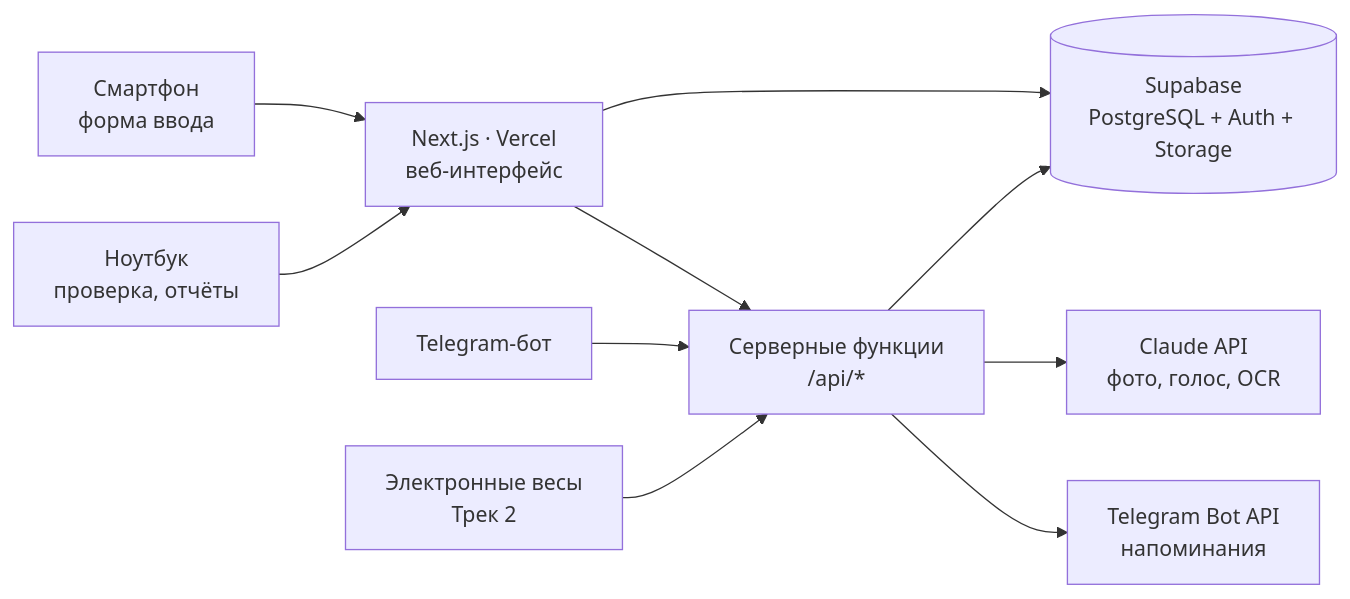
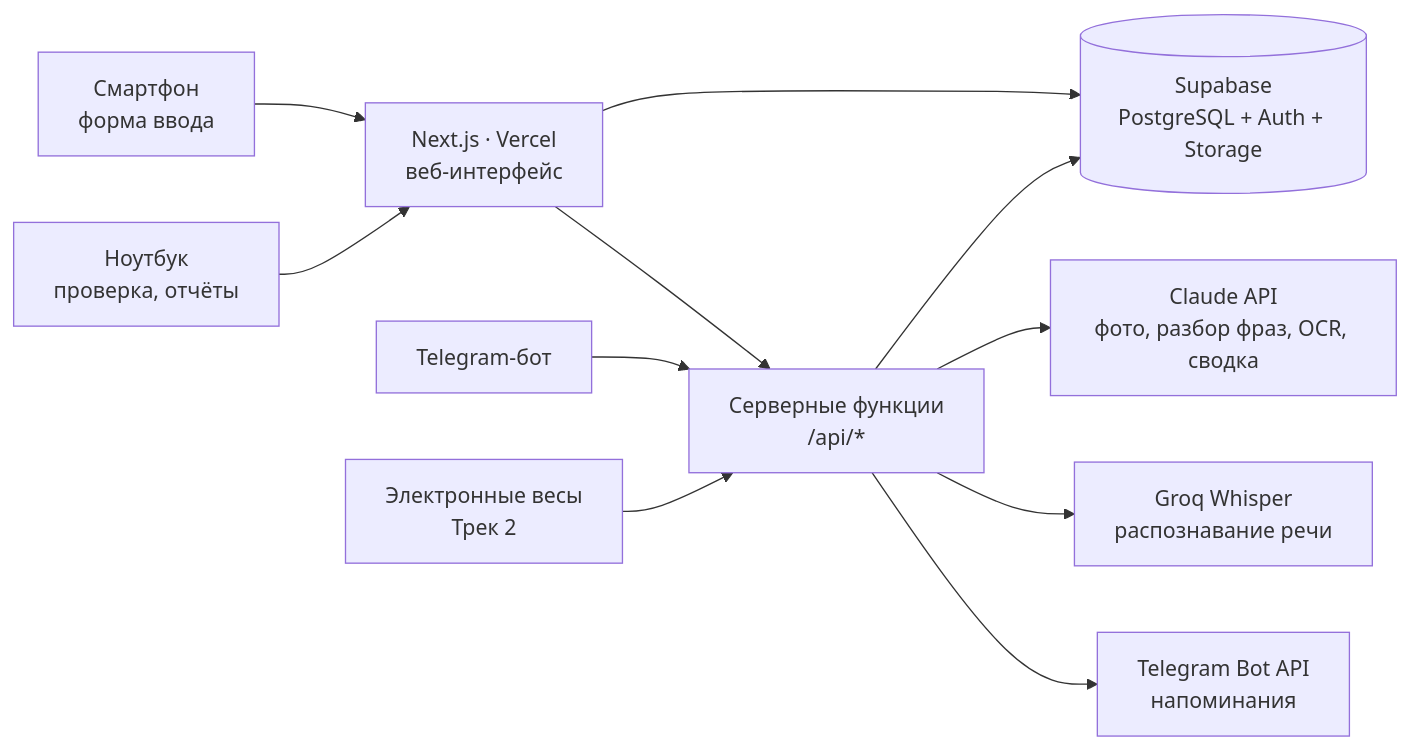
One commit to Alamanss/sarqyt changed the first of 2 diagrams in README.md. Above: the diagram before and after it, drawn with Mermaid. The commit also changed other lines of this file and 5 other files, not shown here.

````diff
--- a/README.md
+++ b/README.md
@@ -62,12 +68,13 @@
 ```mermaid
 flowchart LR
   P[Смартфон<br/>форма ввода] --> W
   N[Ноутбук<br/>проверка, отчёты] --> W
   T[Telegram-бот] --> A
   S[Электронные весы<br/>Трек 2] --> A
   W[Next.js · Vercel<br/>веб-интерфейс] --> DB[(Supabase<br/>PostgreSQL + Auth + Storage)]
   W --> A[Серверные функции<br/>/api/*]
   A --> DB
-  A --> AI[Claude API<br/>фото, голос, OCR]
+  A --> AI[Claude API<br/>фото, разбор фраз, OCR, сводка]
+  A --> STT[Groq Whisper<br/>распознавание речи]
   A --> TG[Telegram Bot API<br/>напоминания]
 ```
````
